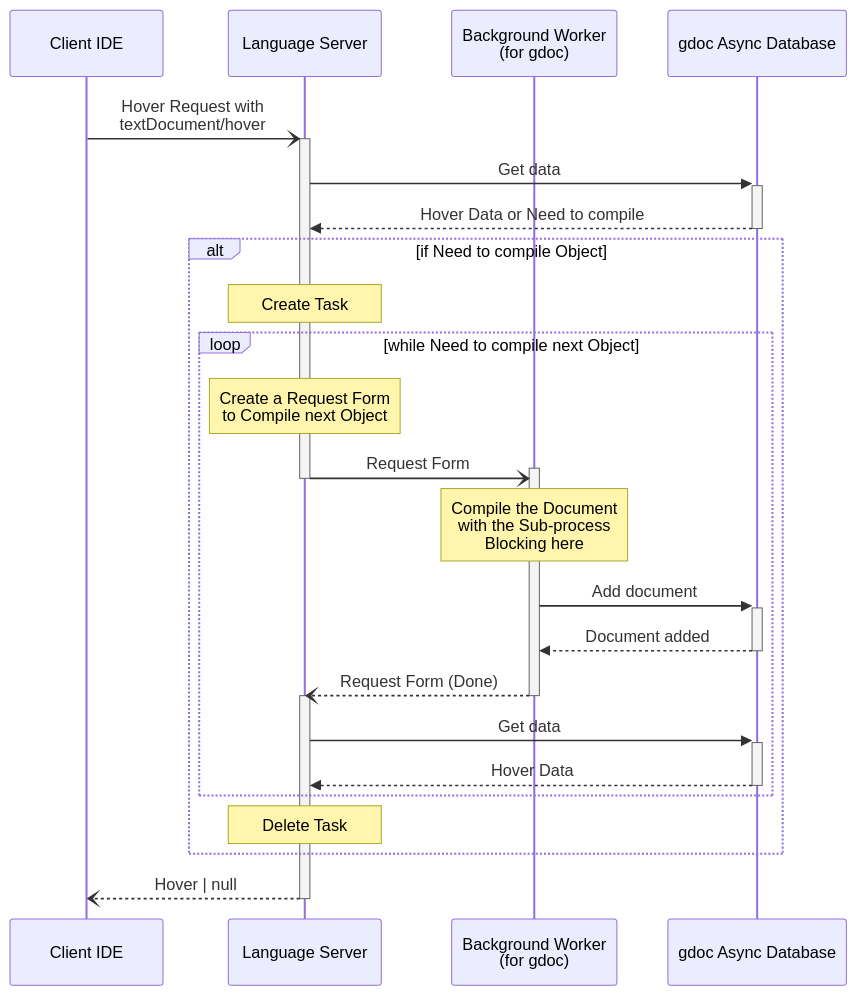
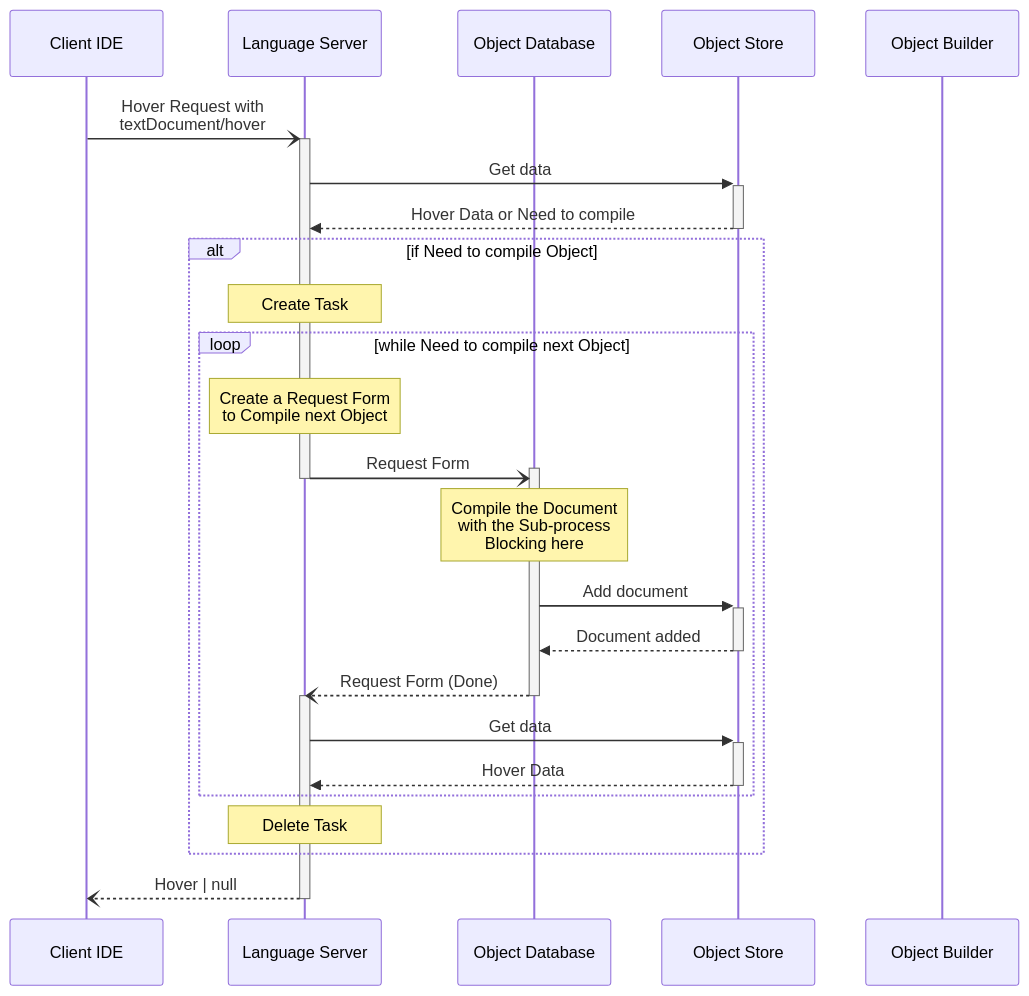
Before and after one commit to tyskdm/gdoc: the fifth of 5 diagrams in docs/ArchitecturalDesign/gdocServer/LanguageServer.md, drawn with Mermaid. The commit also changed other lines of this file, not shown here.

Commit message:
refactor: Update sequence diagrams to replace Background Worker and gdoc Async Database with Object Database and Object Store

````diff
--- a/docs/ArchitecturalDesign/gdocServer/LanguageServer.md
+++ b/docs/ArchitecturalDesign/gdocServer/LanguageServer.md
@@ -319,29 +323,30 @@
 ```mermaid
 sequenceDiagram
   participant IDE as Client IDE
   participant LS as Language Server
-  participant Worker as Background Worker<br>(for gdoc)
-  participant DB as gdoc Async Database
+  participant ODB as Object Database
+  participant OBJ as Object Store
+  participant BLD as Object Builder
 
   IDE -) +LS: Hover Request with<br>textDocument/hover
-    LS ->> +DB: Get data
-    DB -->> -LS: Hover Data or Need to compile
+    LS ->> +OBJ: Get data
+    OBJ -->> -LS: Hover Data or Need to compile
     alt if Need to compile Object
       Note over LS: Create Task
       Loop while Need to compile next Object
         Note over LS: Create a Request Form<br>to Compile next Object
-        LS -) +Worker: Request Form
+        LS -) +ODB: Request Form
         deactivate LS
-          Note over Worker: Compile the Document<br>with the Sub-process<br>Blocking here
-          Worker ->> +DB: Add document
-          DB -->> -Worker: Document added
-        Worker --) -LS: Request Form (Done)
+          Note over ODB: Compile the Document<br>with the Sub-process<br>Blocking here
+          ODB ->> +OBJ: Add document
+          OBJ -->> -ODB: Document added
+        ODB --) -LS: Request Form (Done)
         activate LS
-          LS ->> +DB: Get data
-          DB -->> -LS: Hover Data
+          LS ->> +OBJ: Get data
+          OBJ -->> -LS: Hover Data
         end
       Note over LS: Delete Task
     end
   LS --) IDE: Hover | null
   deactivate LS
 ```
````
